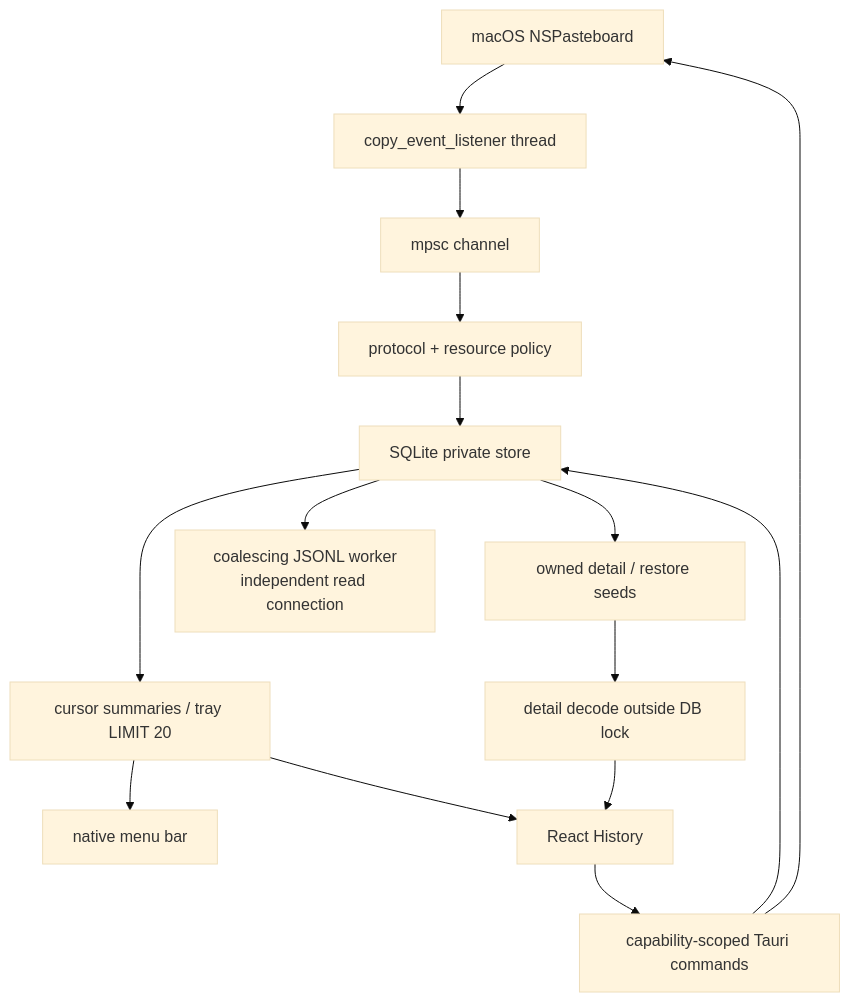
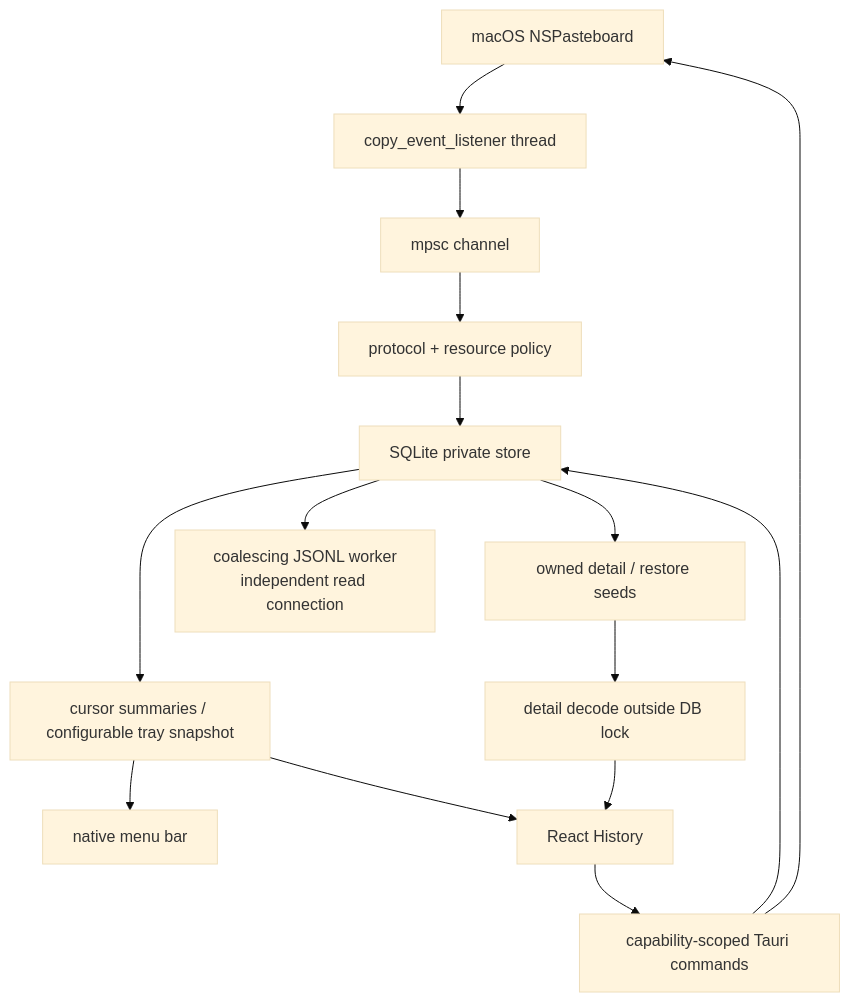
Before and after one commit to vdpw/copy_stack: the diagram in docs/architecture.md, drawn with Mermaid (base theme). The commit also changed other lines of this file and 40 other files, not shown here.

````diff
--- a/docs/architecture.md
+++ b/docs/architecture.md
@@ -5,17 +5,17 @@
 ```mermaid
 flowchart TD
   OS["macOS NSPasteboard"] --> Listener["copy_event_listener thread"]
   Listener --> Channel["mpsc channel"]
   Channel --> Policy["protocol + resource policy"]
   Policy --> DB["SQLite private store"]
-  DB --> Summaries["cursor summaries / tray LIMIT 20"]
+  DB --> Summaries["cursor summaries / configurable tray snapshot"]
   DB --> Seeds["owned detail / restore seeds"]
   Seeds --> Detail["detail decode outside DB lock"]
   DB --> Mirror["coalescing JSONL worker<br/>independent read connection"]
   Summaries --> Tray["native menu bar"]
   Summaries --> UI["React History"]
   Detail --> UI
   UI --> Commands["capability-scoped Tauri commands"]
   Commands --> DB
   Commands --> OS
 ```
````
